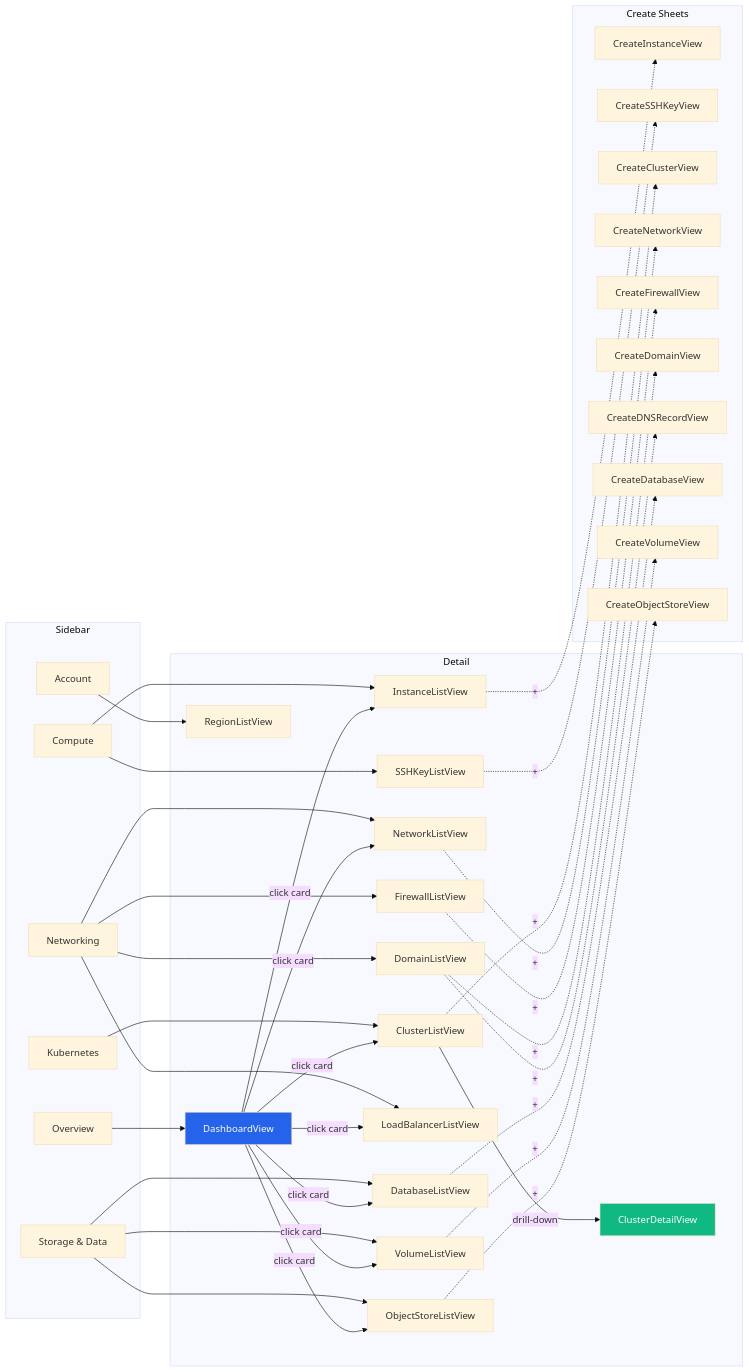
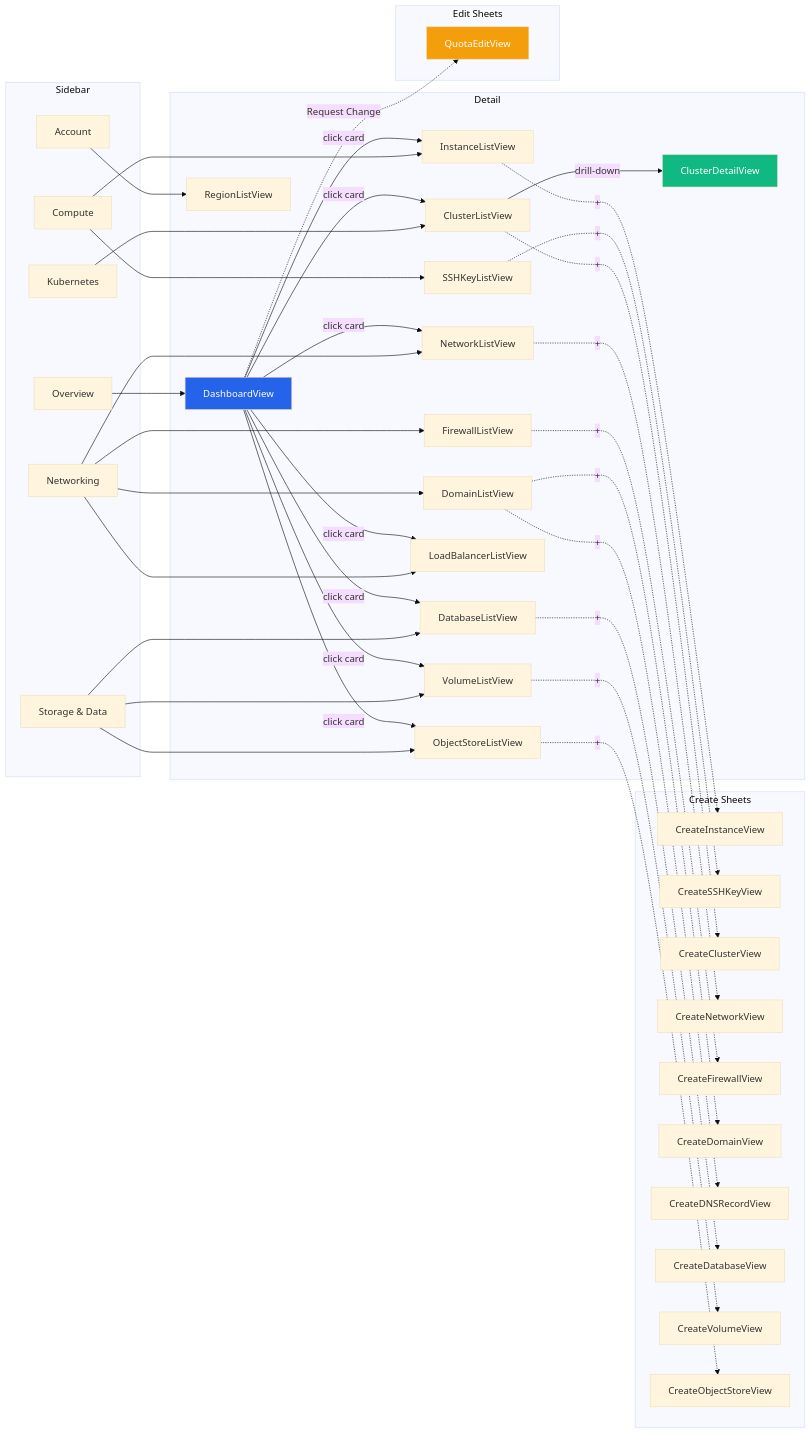
Before and after one commit to marcelrgberger/civo-cloud-manager: the eighth of 8 diagrams in README.md, drawn with Mermaid (base theme). The commit also changed other lines of this file and 24 other files, not shown here.

````diff
--- a/README.md
+++ b/README.md
@@ -588,50 +600,55 @@
 ```mermaid
 graph LR
     subgraph Sidebar
         OV[Overview]
         CO[Compute]
         KU[Kubernetes]
         NE[Networking]
         ST["Storage & Data"]
         AC[Account]
     end
 
     subgraph Detail
         OV --> DA[DashboardView]
         DA -->|click card| IL
         DA -->|click card| CL
         DA -->|click card| NL
         DA -->|click card| DBL
         DA -->|click card| VL
         DA -->|click card| OL
         DA -->|click card| LB
         CO --> IL[InstanceListView]
         CO --> SK[SSHKeyListView]
         KU --> CL[ClusterListView]
         CL -->|drill-down| CD[ClusterDetailView]
         NE --> NL[NetworkListView]
         NE --> FL[FirewallListView]
         NE --> LB[LoadBalancerListView]
         NE --> DL[DomainListView]
         ST --> DBL[DatabaseListView]
         ST --> VL[VolumeListView]
         ST --> OL[ObjectStoreListView]
         AC --> RL[RegionListView]
     end
 
     subgraph "Create Sheets"
         IL -.->|"+"| CI[CreateInstanceView]
         SK -.->|"+"| CS[CreateSSHKeyView]
         CL -.->|"+"| CC[CreateClusterView]
         NL -.->|"+"| CN[CreateNetworkView]
         FL -.->|"+"| CF[CreateFirewallView]
         DL -.->|"+"| CDO[CreateDomainView]
         DL -.->|"+"| CDR[CreateDNSRecordView]
         DBL -.->|"+"| CDB[CreateDatabaseView]
         VL -.->|"+"| CV[CreateVolumeView]
         OL -.->|"+"| COS[CreateObjectStoreView]
     end
 
+    subgraph "Edit Sheets"
+        DA -.->|"Request Change"| QE[QuotaEditView]
+    end
+
     style DA fill:#2563EB,color:#fff
     style CD fill:#10B981,color:#fff
+    style QE fill:#F59E0B,color:#fff
 ```
````
